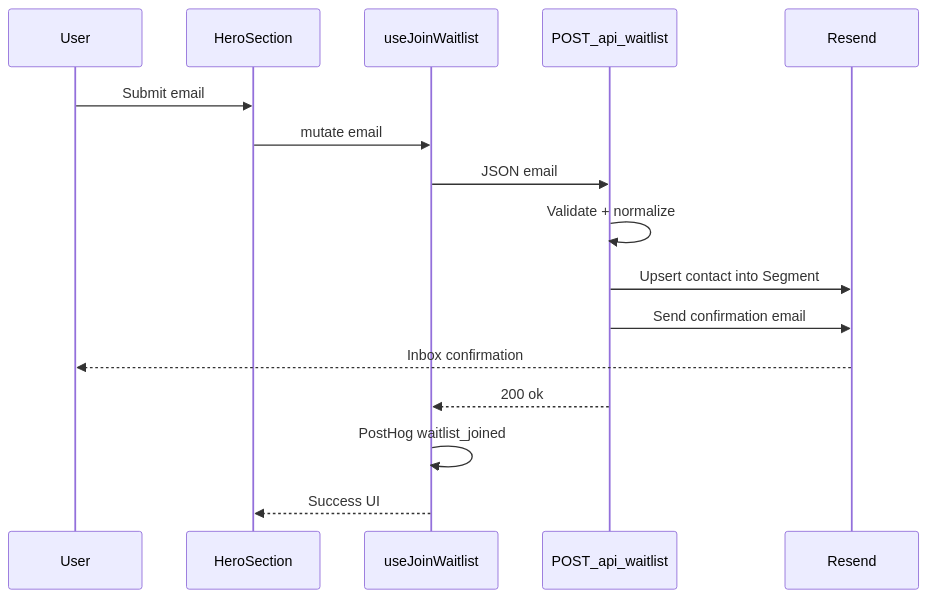
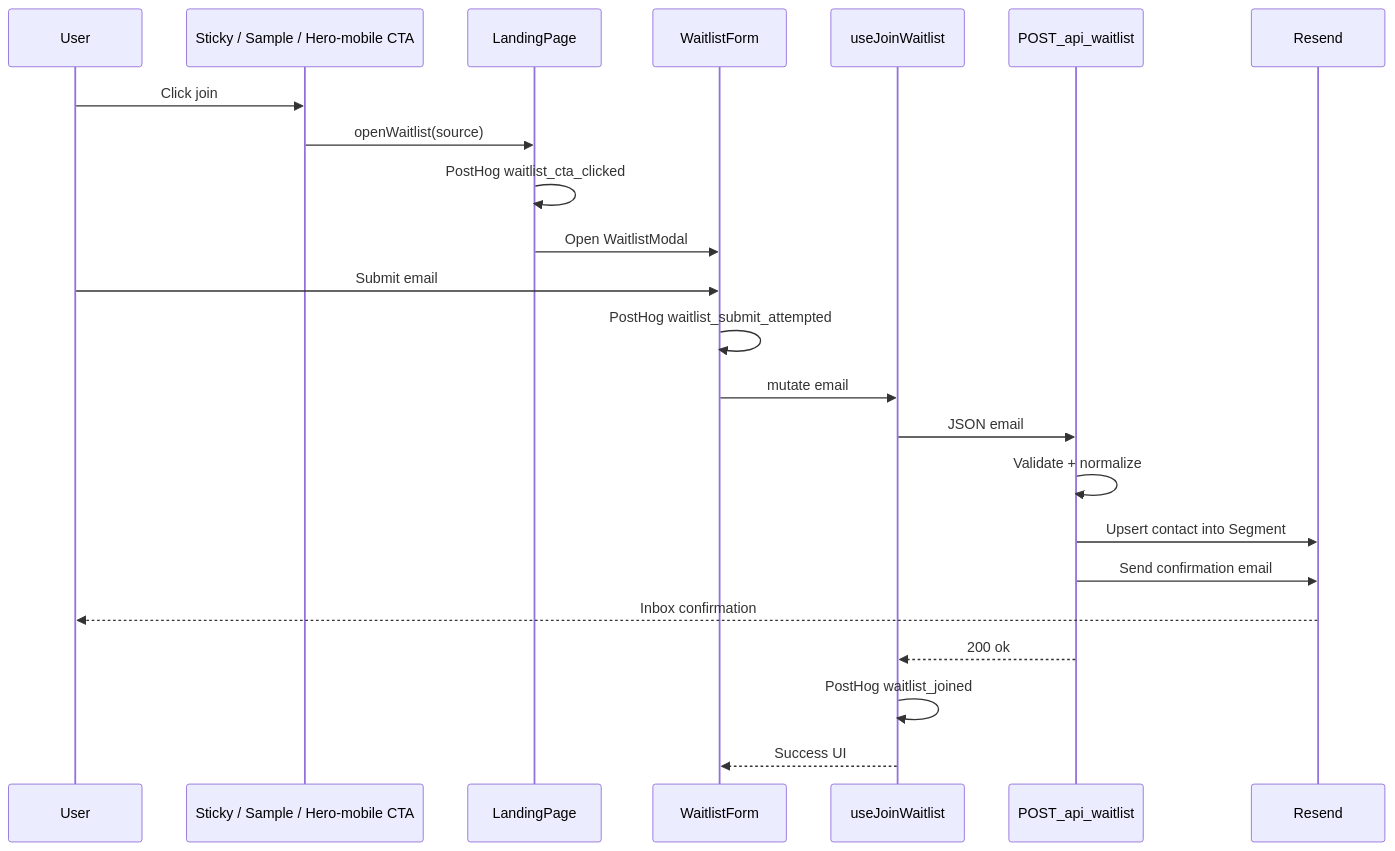
Before and after one commit to niiischall/drivescore-app: the diagram in docs/06-waitlist-and-email.md, drawn with Mermaid. The commit also changed other lines of this file and 18 other files, not shown here.

````diff
--- a/docs/06-waitlist-and-email.md
+++ b/docs/06-waitlist-and-email.md
@@ -12,19 +12,26 @@
 ```mermaid
 sequenceDiagram
   participant User
-  participant Hero as HeroSection
+  participant CTA as Sticky / Sample / Hero-mobile CTA
+  participant Page as LandingPage
+  participant Form as WaitlistForm
   participant Hook as useJoinWaitlist
   participant API as POST_api_waitlist
   participant Resend
 
-  User->>Hero: Submit email
-  Hero->>Hook: mutate email
+  User->>CTA: Click join
+  CTA->>Page: openWaitlist(source)
+  Page->>Page: PostHog waitlist_cta_clicked
+  Page->>Form: Open WaitlistModal
+  User->>Form: Submit email
+  Form->>Form: PostHog waitlist_submit_attempted
+  Form->>Hook: mutate email
   Hook->>API: JSON email
   API->>API: Validate + normalize
   API->>Resend: Upsert contact into Segment
   API->>Resend: Send confirmation email
   Resend-->>User: Inbox confirmation
   API-->>Hook: 200 ok
   Hook->>Hook: PostHog waitlist_joined
-  Hook-->>Hero: Success UI
+  Hook-->>Form: Success UI
 ```
````
